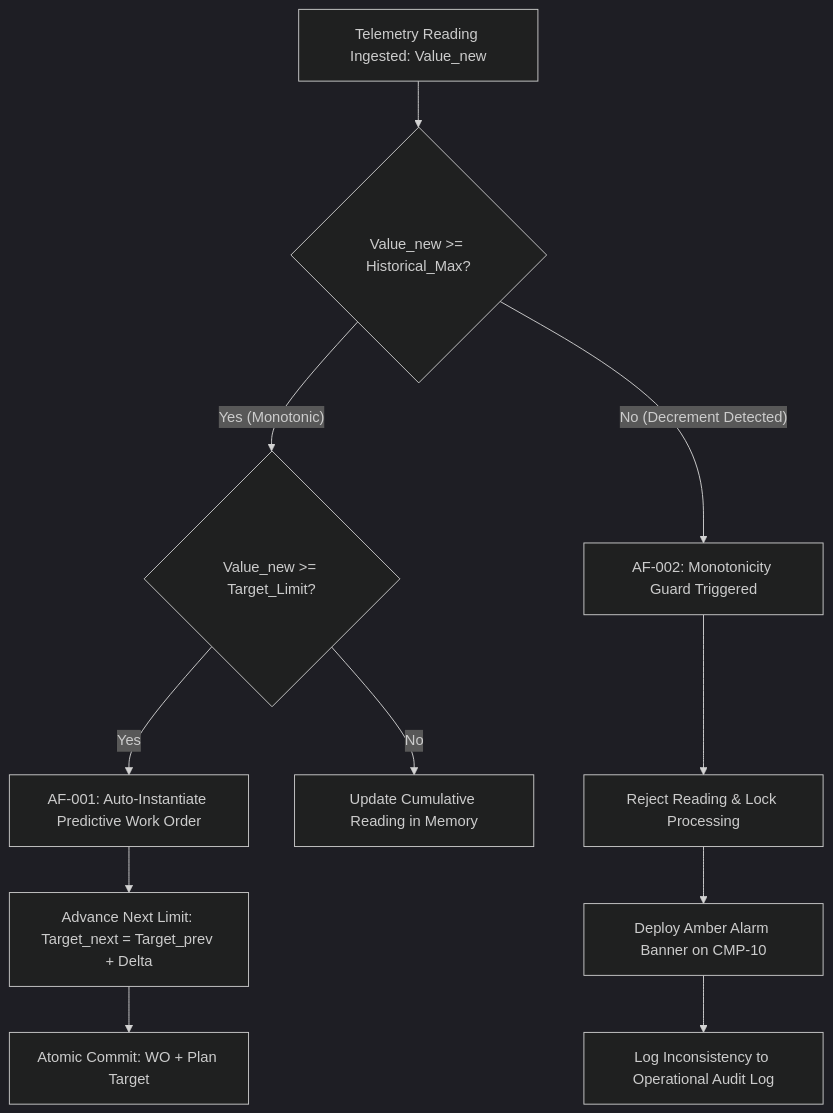
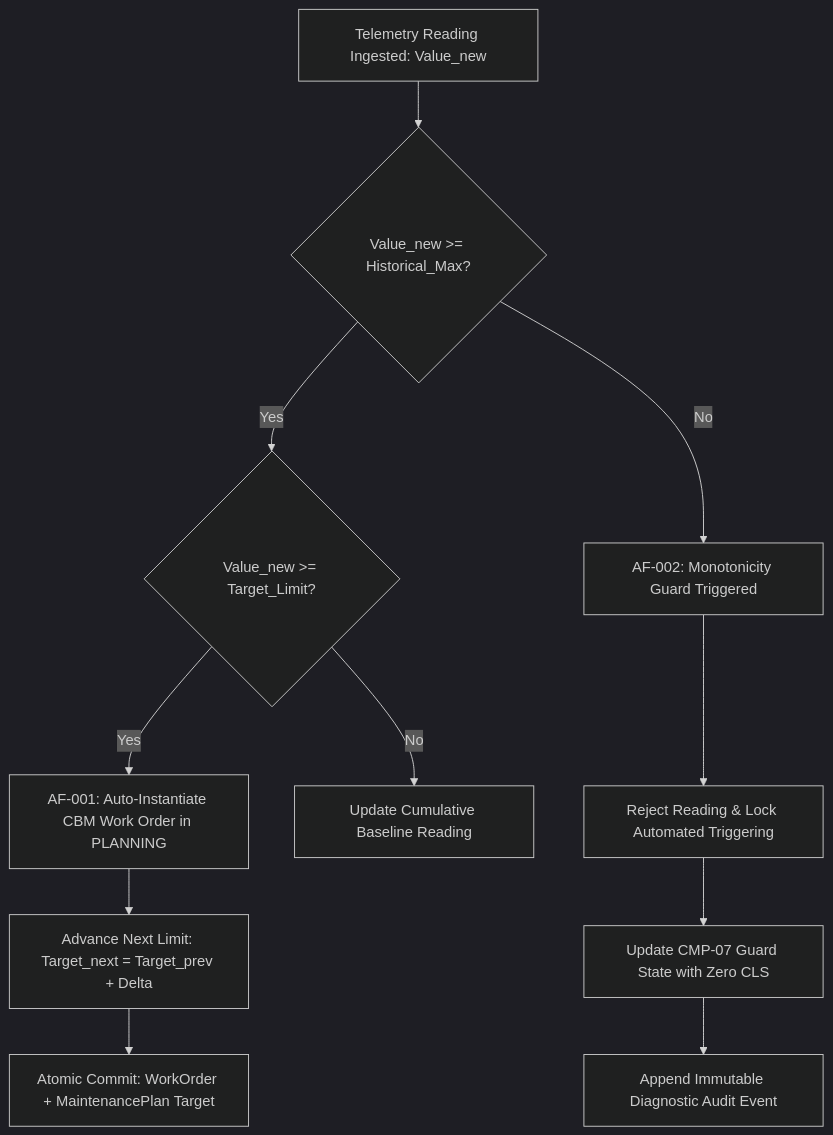
The second of 2 diagrams in ui-ux/screens/mtto/SCR-MTTO-023.md (Novav20/adso-dteam-docs), drawn with Mermaid (dark theme) before and after one commit. The commit also changed other lines of this file and 1 other file, not shown here.

Commit message:
docs(ui): lock UC-MTTO-023 and SCR-MTTO-023 v1.2 with Tier A EquipmentLookupModal

````diff
--- a/ui-ux/screens/mtto/SCR-MTTO-023.md
+++ b/ui-ux/screens/mtto/SCR-MTTO-023.md
@@ -136,14 +268,14 @@
 ```mermaid
 flowchart TD
     Ingest[Telemetry Reading Ingested: Value_new] --> Check{Value_new >= Historical_Max?}
-    Check -- Yes (Monotonic) --> Eval{Value_new >= Target_Limit?}
-    Check -- No (Decrement Detected) --> Alarm[AF-002: Monotonicity Guard Triggered]
-    Alarm --> Lock[Reject Reading & Lock Processing]
-    Lock --> Visual[Deploy Amber Alarm Banner on CMP-10]
-    Visual --> Audit[Log Inconsistency to Operational Audit Log]
-    
-    Eval -- Yes --> TriggerWO[AF-001: Auto-Instantiate Predictive Work Order]
-    Eval -- No --> UpdateAccum[Update Cumulative Reading in Memory]
+    Check -- Yes --> Eval{Value_new >= Target_Limit?}
+    Check -- No --> Alarm[AF-002: Monotonicity Guard Triggered]
+    Alarm --> Lock[Reject Reading & Lock Automated Triggering]
+    Lock --> Visual[Update CMP-07 Guard State with Zero CLS]
+    Visual --> Audit[Append Immutable Diagnostic Audit Event]
+
+    Eval -- Yes --> TriggerWO[AF-001: Auto-Instantiate CBM Work Order in PLANNING]
+    Eval -- No --> UpdateAccum[Update Cumulative Baseline Reading]
     TriggerWO --> AdvTarget[Advance Next Limit: Target_next = Target_prev + Delta]
-    AdvTarget --> Persist[Atomic Commit: WO + Plan Target]
+    AdvTarget --> Persist[Atomic Commit: WorkOrder + MaintenancePlan Target]
 ```
````
